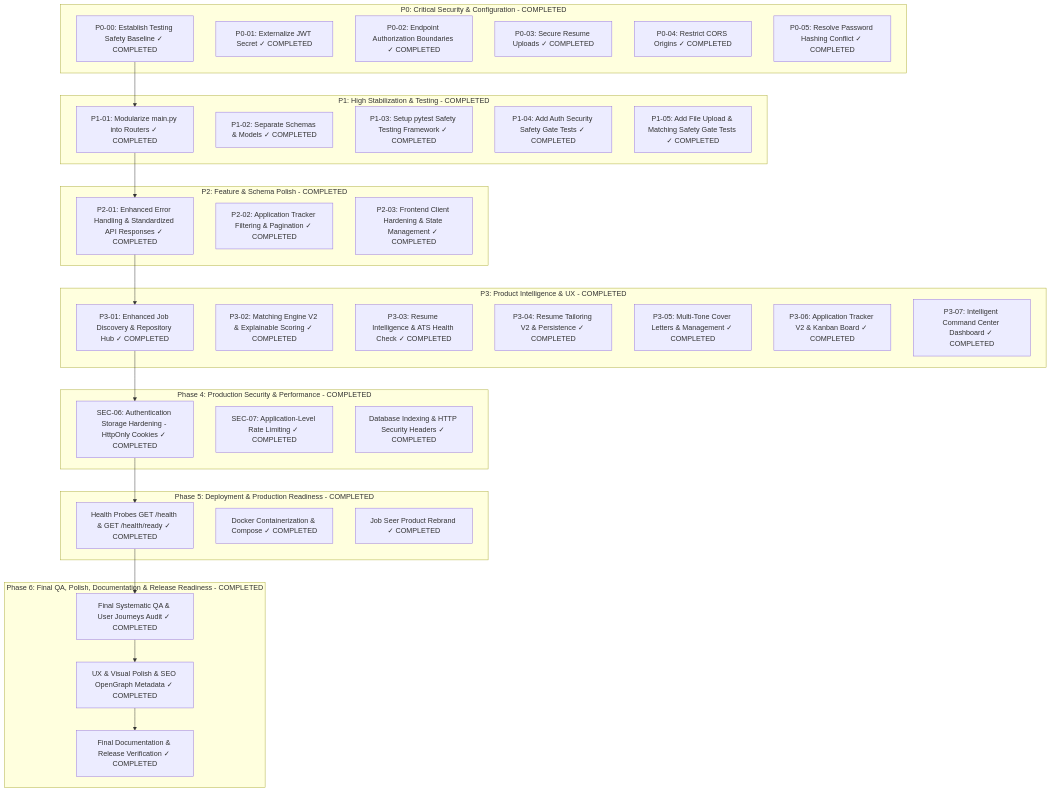
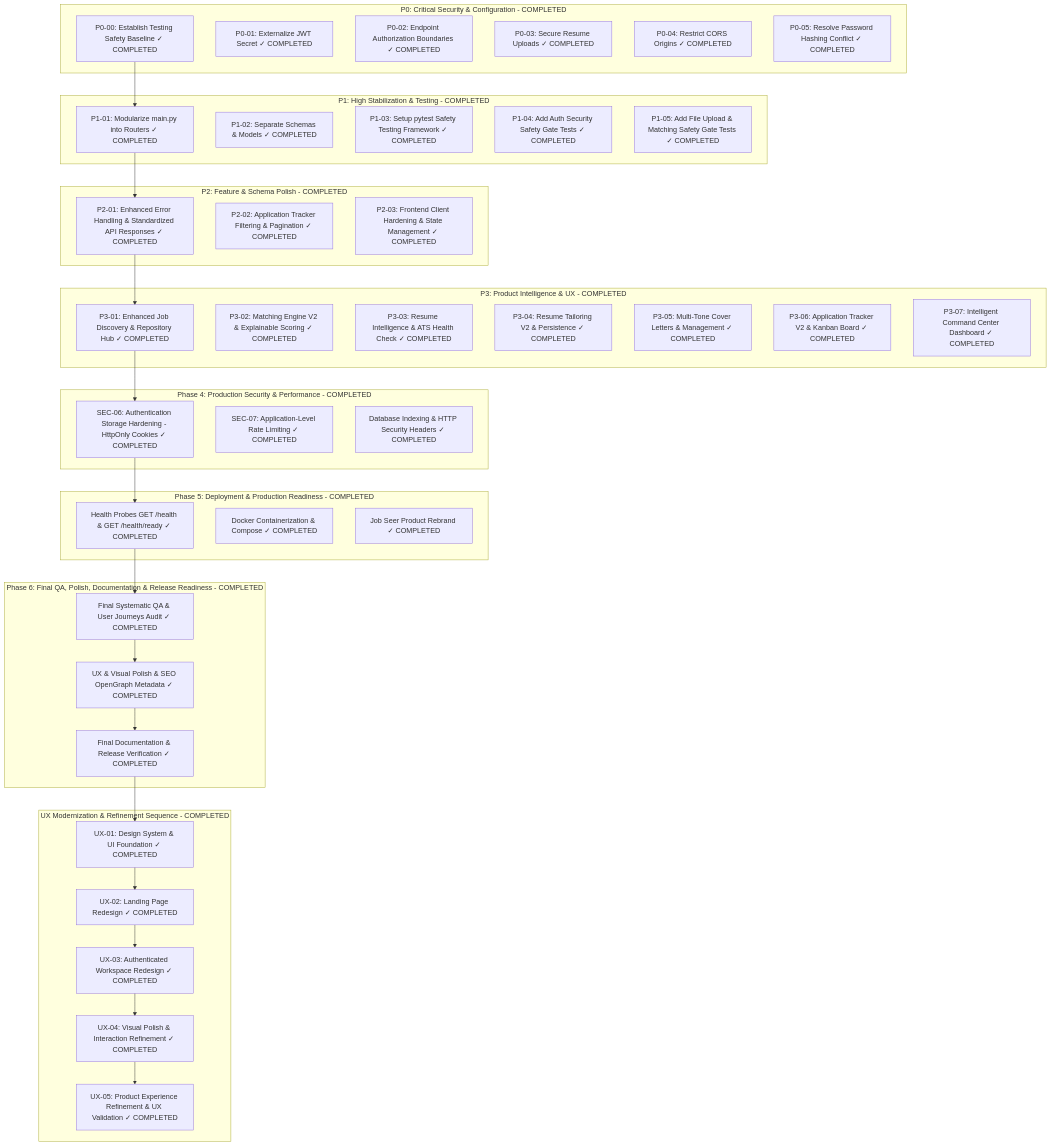
One commit to AlvinMutie/Job-seer changed the diagram in docs/ROADMAP.md. Above: the diagram before and after it, drawn with Mermaid. The commit also changed other lines of this file and 44 other files, not shown here.

````diff
--- a/docs/ROADMAP.md
+++ b/docs/ROADMAP.md
@@ -9,55 +9,63 @@
 ```mermaid
 flowchart TD
     subgraph P0 [P0: Critical Security & Configuration - COMPLETED]
         P0-00[P0-00: Establish Testing Safety Baseline ✓ COMPLETED]
         P0-01[P0-01: Externalize JWT Secret ✓ COMPLETED]
         P0-02[P0-02: Endpoint Authorization Boundaries ✓ COMPLETED]
         P0-03[P0-03: Secure Resume Uploads ✓ COMPLETED]
         P0-04[P0-04: Restrict CORS Origins ✓ COMPLETED]
         P0-05[P0-05: Resolve Password Hashing Conflict ✓ COMPLETED]
     end
 
     subgraph P1 [P1: High Stabilization & Testing - COMPLETED]
         P1-01[P1-01: Modularize main.py into Routers ✓ COMPLETED]
         P1-02[P1-02: Separate Schemas & Models ✓ COMPLETED]
         P1-03[P1-03: Setup pytest Safety Testing Framework ✓ COMPLETED]
         P1-04[P1-04: Add Auth Security Safety Gate Tests ✓ COMPLETED]
         P1-05[P1-05: Add File Upload & Matching Safety Gate Tests ✓ COMPLETED]
     end
 
     subgraph P2 [P2: Feature & Schema Polish - COMPLETED]
         P2-01[P2-01: Enhanced Error Handling & Standardized API Responses ✓ COMPLETED]
         P2-02[P2-02: Application Tracker Filtering & Pagination ✓ COMPLETED]
         P2-03[P2-03: Frontend Client Hardening & State Management ✓ COMPLETED]
     end
 
     subgraph P3 [P3: Product Intelligence & UX - COMPLETED]
         P3-01[P3-01: Enhanced Job Discovery & Repository Hub ✓ COMPLETED]
         P3-02[P3-02: Matching Engine V2 & Explainable Scoring ✓ COMPLETED]
         P3-03[P3-03: Resume Intelligence & ATS Health Check ✓ COMPLETED]
         P3-04[P3-04: Resume Tailoring V2 & Persistence ✓ COMPLETED]
         P3-05[P3-05: Multi-Tone Cover Letters & Management ✓ COMPLETED]
         P3-06[P3-06: Application Tracker V2 & Kanban Board ✓ COMPLETED]
         P3-07[P3-07: Intelligent Command Center Dashboard ✓ COMPLETED]
     end
 
     subgraph P4 [Phase 4: Production Security & Performance - COMPLETED]
         P4-SEC06[SEC-06: Authentication Storage Hardening - HttpOnly Cookies ✓ COMPLETED]
         P4-SEC07[SEC-07: Application-Level Rate Limiting ✓ COMPLETED]
         P4-PERF[Database Indexing & HTTP Security Headers ✓ COMPLETED]
     end
 
     subgraph P5 [Phase 5: Deployment & Production Readiness - COMPLETED]
         P5-HEALTH[Health Probes GET /health & GET /health/ready ✓ COMPLETED]
         P5-DOCKER[Docker Containerization & Compose ✓ COMPLETED]
         P5-REBRAND[Job Seer Product Rebrand ✓ COMPLETED]
     end
 
     subgraph P6 [Phase 6: Final QA, Polish, Documentation & Release Readiness - COMPLETED]
         P6-QA[Final Systematic QA & User Journeys Audit ✓ COMPLETED]
         P6-POLISH[UX & Visual Polish & SEO OpenGraph Metadata ✓ COMPLETED]
         P6-DOCS[Final Documentation & Release Verification ✓ COMPLETED]
     end
 
-    P0-00 --> P1-01 --> P2-01 --> P3-01 --> P4-SEC06 --> P5-HEALTH --> P6-QA --> P6-POLISH --> P6-DOCS
+    subgraph UX [UX Modernization & Refinement Sequence - COMPLETED]
+        UX-01[UX-01: Design System & UI Foundation ✓ COMPLETED]
+        UX-02[UX-02: Landing Page Redesign ✓ COMPLETED]
+        UX-03[UX-03: Authenticated Workspace Redesign ✓ COMPLETED]
+        UX-04[UX-04: Visual Polish & Interaction Refinement ✓ COMPLETED]
+        UX-05[UX-05: Product Experience Refinement & UX Validation ✓ COMPLETED]
+    end
+
+    P0-00 --> P1-01 --> P2-01 --> P3-01 --> P4-SEC06 --> P5-HEALTH --> P6-QA --> P6-POLISH --> P6-DOCS --> UX-01 --> UX-02 --> UX-03 --> UX-04 --> UX-05
 ```
````
